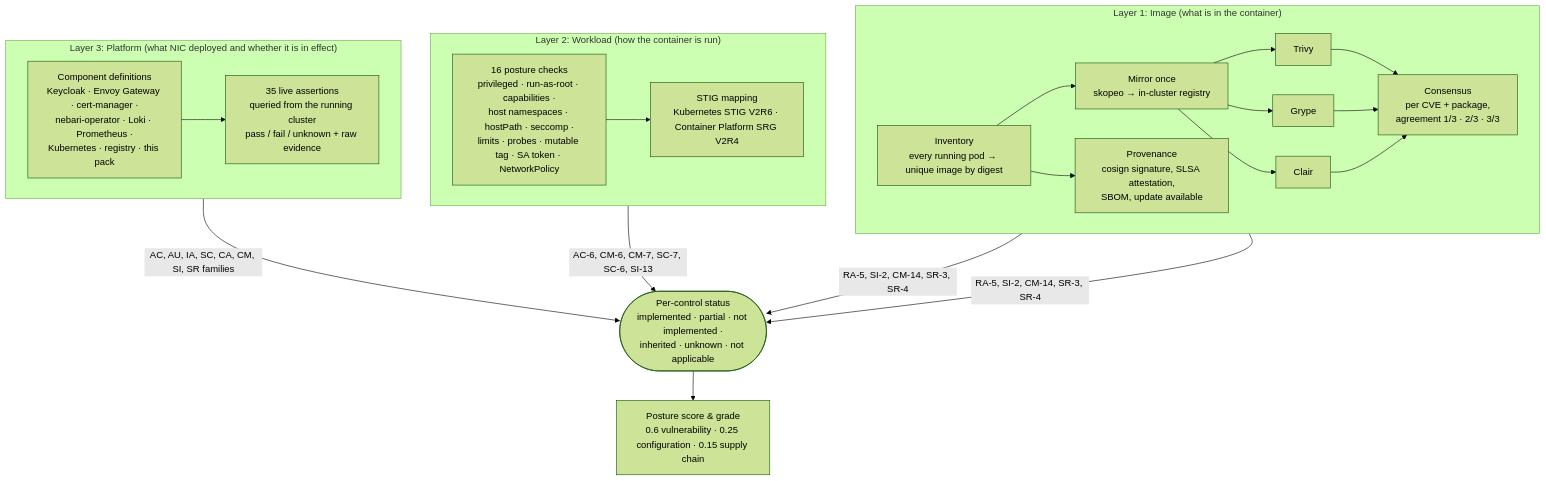
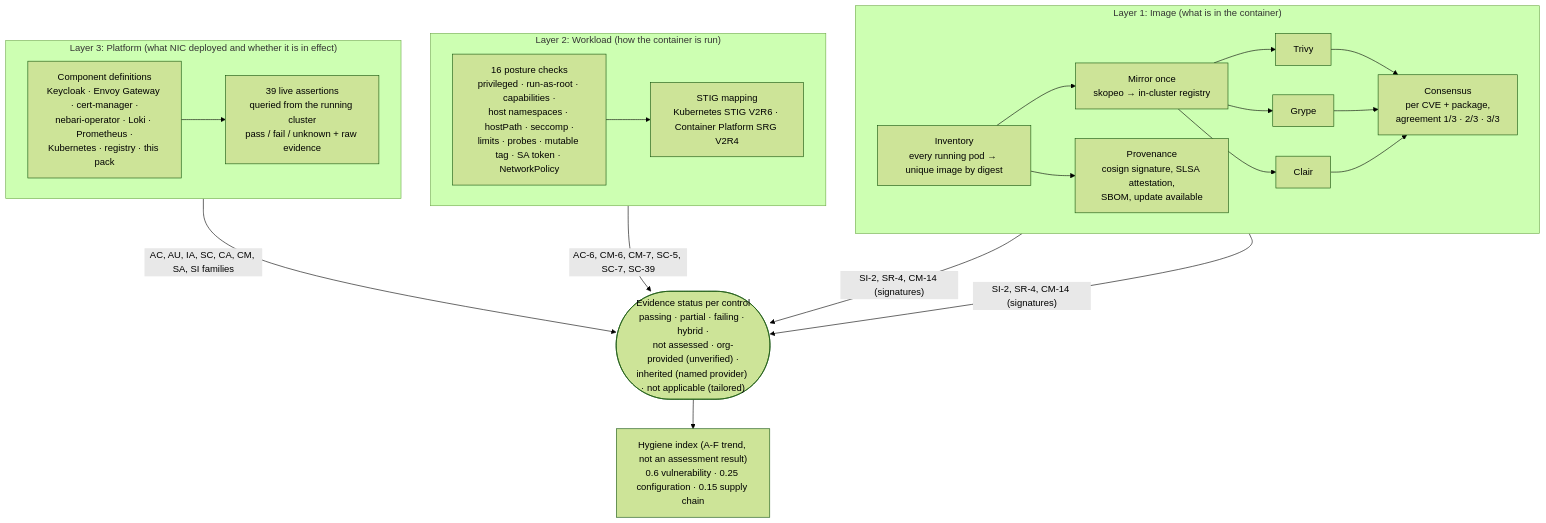
The second of 5 diagrams in docs/ARCHITECTURE.md (brandonrc/nebari-security-posture-pack), drawn with Mermaid (forest theme) before and after one commit. The commit also changed other lines of this file and 9 other files, not shown here.

````diff
--- a/docs/ARCHITECTURE.md
+++ b/docs/ARCHITECTURE.md
@@ -57,32 +65,32 @@
 ```mermaid
 flowchart TB
     subgraph L1["Layer 1: Image (what is in the container)"]
         direction LR
         INV["Inventory<br/>every running pod → unique image by digest"]
         MIR["Mirror once<br/>skopeo → in-cluster registry"]
         T["Trivy"]
         G["Grype"]
         CL["Clair"]
         CONS["Consensus<br/>per CVE + package,<br/>agreement 1/3 · 2/3 · 3/3"]
         PROV["Provenance<br/>cosign signature, SLSA attestation,<br/>SBOM, update available"]
         INV --> MIR --> T & G & CL --> CONS
         INV --> PROV
     end
     subgraph L2["Layer 2: Workload (how the container is run)"]
         direction LR
         CHK["16 posture checks<br/>privileged · run-as-root · capabilities ·<br/>host namespaces · hostPath · seccomp ·<br/>limits · probes · mutable tag · SA token · NetworkPolicy"]
         STIG["STIG mapping<br/>Kubernetes STIG V2R6 · Container Platform SRG V2R4"]
         CHK --> STIG
     end
     subgraph L3["Layer 3: Platform (what NIC deployed and whether it is in effect)"]
         direction LR
         COMP["Component definitions<br/>Keycloak · Envoy Gateway · cert-manager ·<br/>nebari-operator · Loki · Prometheus ·<br/>Kubernetes · registry · this pack"]
-        ASRT["35 live assertions<br/>queried from the running cluster<br/>pass / fail / unknown + raw evidence"]
+        ASRT["39 live assertions<br/>queried from the running cluster<br/>pass / fail / unknown + raw evidence"]
         COMP --> ASRT
     end
-    CONS & PROV -->|"RA-5, SI-2, CM-14, SR-3, SR-4"| STATUS
-    STIG -->|"AC-6, CM-6, CM-7, SC-7, SC-6, SI-13"| STATUS
-    ASRT -->|"AC, AU, IA, SC, CA, CM, SI, SR families"| STATUS
-    STATUS(["Per-control status<br/>implemented · partial · not implemented ·<br/>inherited · unknown · not applicable"])
-    STATUS --> SCORE["Posture score & grade<br/>0.6 vulnerability · 0.25 configuration · 0.15 supply chain"]
+    CONS & PROV -->|"SI-2, SR-4, CM-14 (signatures)"| STATUS
+    STIG -->|"AC-6, CM-6, CM-7, SC-5, SC-7, SC-39"| STATUS
+    ASRT -->|"AC, AU, IA, SC, CA, CM, SA, SI families"| STATUS
+    STATUS(["Evidence status per control<br/>passing · partial · failing · hybrid ·<br/>not assessed · org-provided (unverified) ·<br/>inherited (named provider) · not applicable (tailored)"])
+    STATUS --> SCORE["Hygiene index (A-F trend, not an assessment result)<br/>0.6 vulnerability · 0.25 configuration · 0.15 supply chain"]
 ```
````
